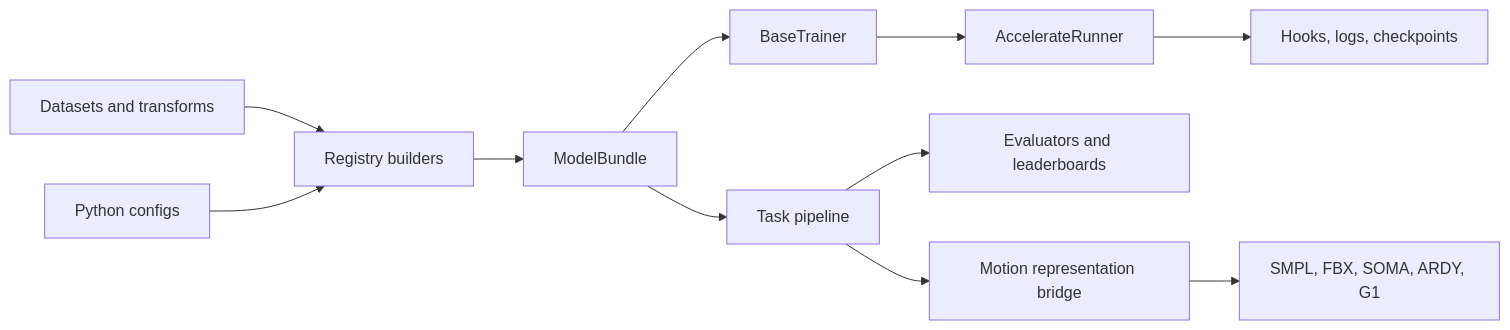
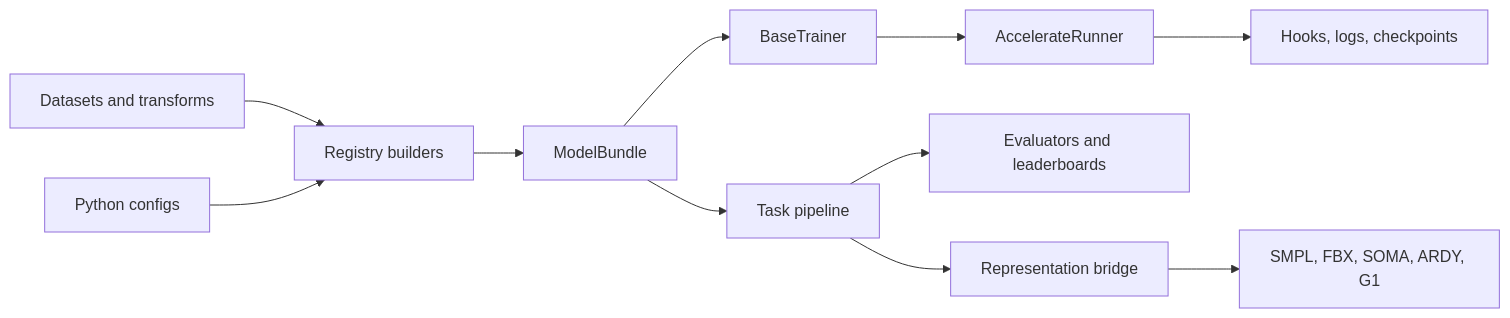
One commit to ZeyuLing/Motius changed the diagram in README.md. Above: the diagram before and after it, drawn with Mermaid. The commit also changed other lines of this file and 37 other files, not shown here.

````diff
--- a/README.md
+++ b/README.md
@@ -120,13 +148,13 @@
 ```mermaid
 flowchart LR
     D["Datasets and transforms"] --> R["Registry builders"]
     C["Python configs"] --> R
     R --> B["ModelBundle"]
     B --> T["BaseTrainer"]
     T --> A["AccelerateRunner"]
     A --> H["Hooks, logs, checkpoints"]
     B --> P["Task pipeline"]
     P --> E["Evaluators and leaderboards"]
-    P --> M["Motion representation bridge"]
+    P --> M["Representation bridge"]
     M --> V["SMPL, FBX, SOMA, ARDY, G1"]
 ```
````
